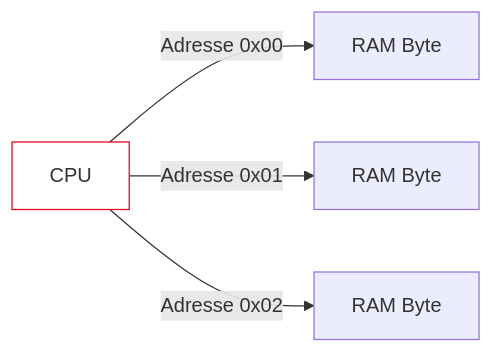
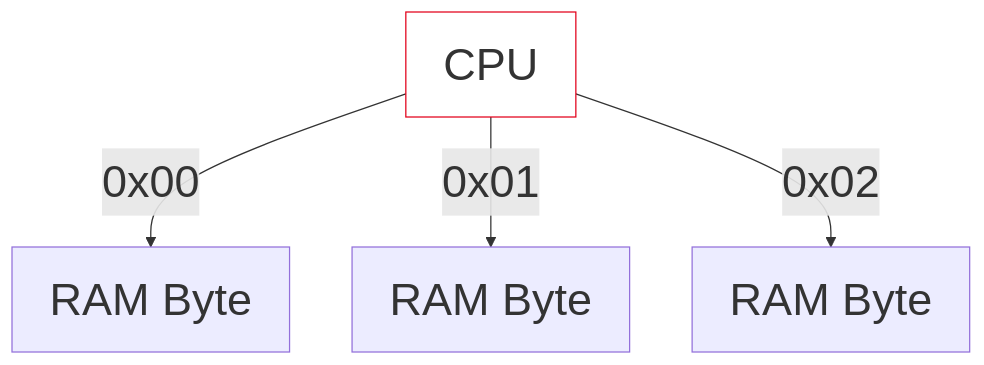
Before and after one commit to dantschi/mct1: diagram 13 of 38 in vorlesungen/01_kickoff.qmd, drawn with Mermaid. The commit also changed other lines of this file and 6 other files, not shown here.

First line of the commit message:
Behebe Mermaid-Lesbarkeit und Folien-Overflow im Kickoff.

````diff
--- a/vorlesungen/01_kickoff.qmd
+++ b/vorlesungen/01_kickoff.qmd
@@ -610,7 +605,8 @@
 ```{mermaid}
-graph LR
-  A[CPU] -->|Adresse 0x00| B[RAM Byte]
-  A -->|Adresse 0x01| C[RAM Byte]
-  A -->|Adresse 0x02| D[RAM Byte]
+%%{init: {'themeVariables': {'fontSize': '36px', 'fontFamily': 'Inter, sans-serif'}}}%%
+graph TD
+  A[CPU] -->|0x00| B[RAM Byte]
+  A -->|0x01| C[RAM Byte]
+  A -->|0x02| D[RAM Byte]
   style A fill:#FFFFFF,stroke:#E2001A,stroke-width:2px !important
 ```
````
